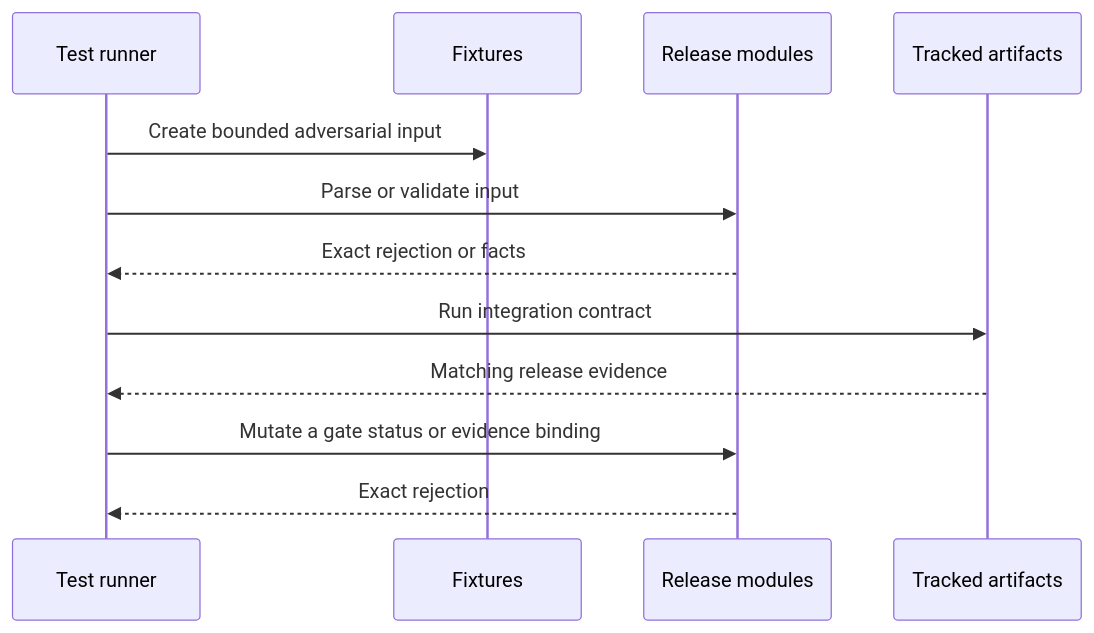
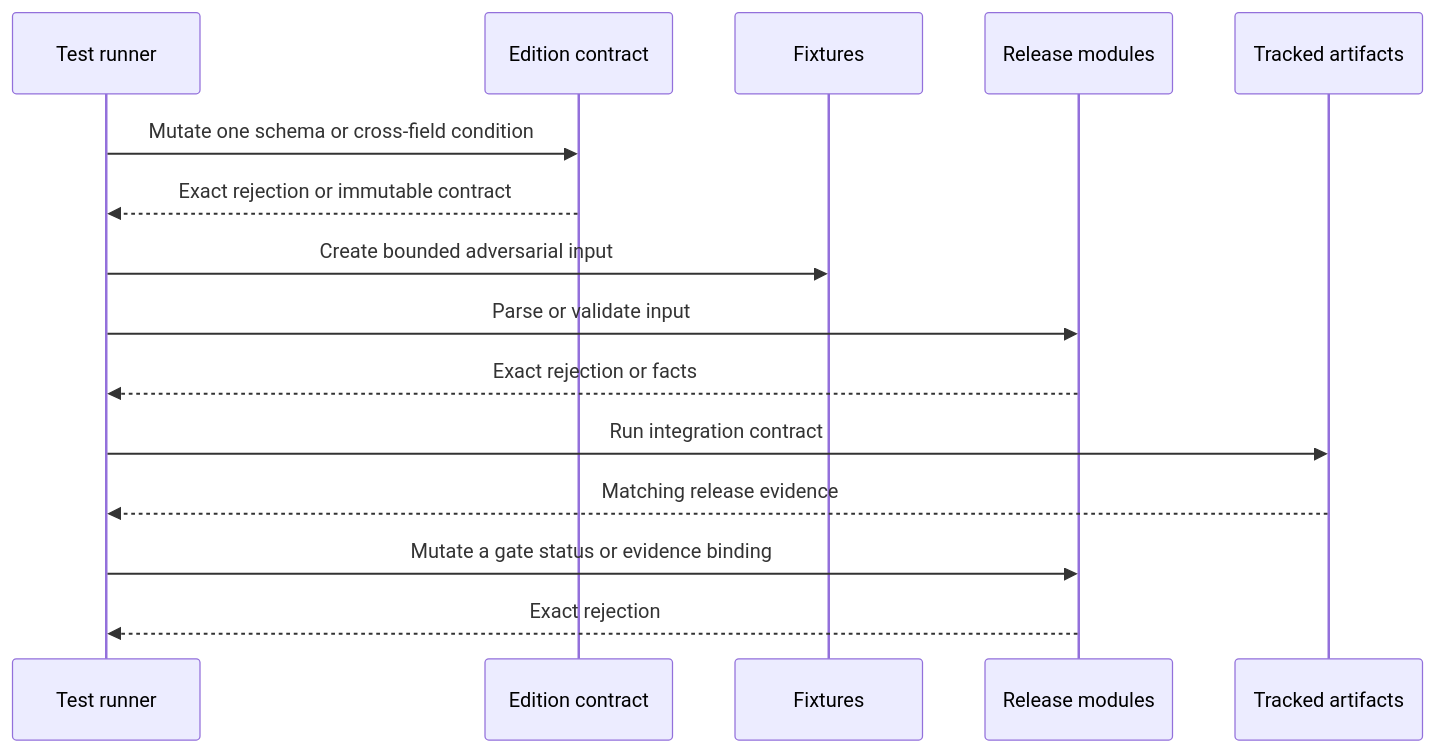
One commit to streamentry/streamentry changed the third of 5 diagrams in tests/AGENTS.md. Above: the diagram before and after it, drawn with Mermaid. The commit also changed other lines of this file and 30 other files, not shown here.

Commit message:
Centralize edition and locale publication contract

````diff
--- a/tests/AGENTS.md
+++ b/tests/AGENTS.md
@@ -48,14 +58,17 @@
 ```mermaid
 sequenceDiagram
   participant T as Test runner
+  participant C as Edition contract
   participant F as Fixtures
   participant M as Release modules
   participant A as Tracked artifacts
+  T->>C: Mutate one schema or cross-field condition
+  C-->>T: Exact rejection or immutable contract
   T->>F: Create bounded adversarial input
   T->>M: Parse or validate input
   M-->>T: Exact rejection or facts
   T->>A: Run integration contract
   A-->>T: Matching release evidence
   T->>M: Mutate a gate status or evidence binding
   M-->>T: Exact rejection
 ```
````
